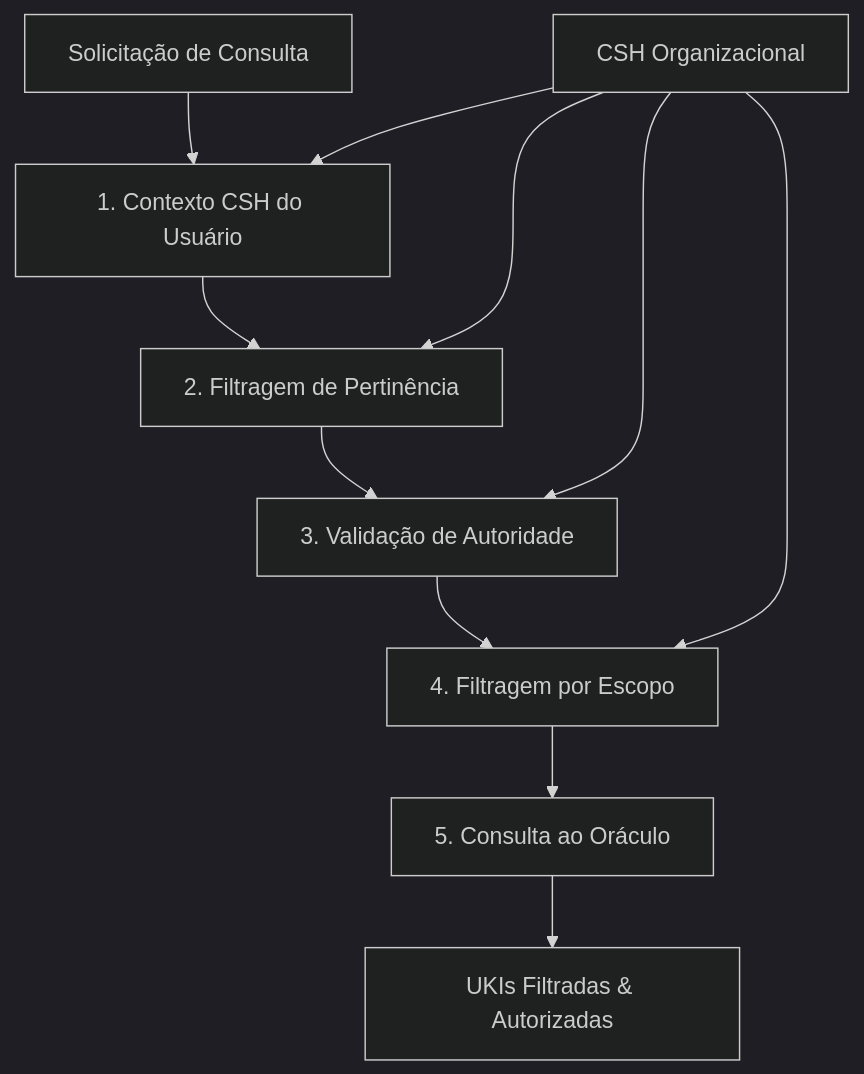
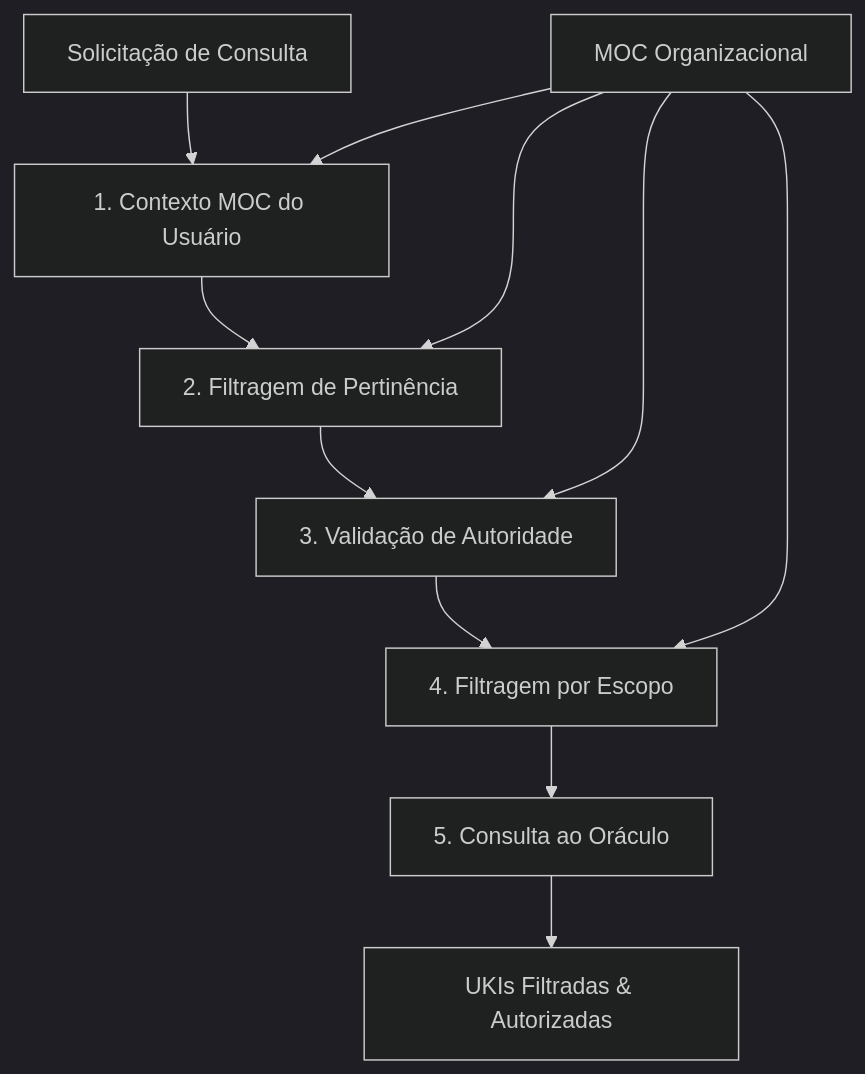
One commit to netomantonio/matrix-protocol changed the third of 6 diagrams in MATRIX_PROTOCOL.md. Above: the diagram before and after it, drawn with Mermaid (dark theme). The commit also changed other lines of this file and 15 other files, not shown here.

````diff
--- a/MATRIX_PROTOCOL.md
+++ b/MATRIX_PROTOCOL.md
@@ -329,14 +329,14 @@
 ```mermaid
 flowchart TD
-    A[Solicitação de Consulta] --> B[1. Contexto CSH do Usuário]
+    A[Solicitação de Consulta] --> B[1. Contexto MOC do Usuário]
     B --> C[2. Filtragem de Pertinência]
     C --> D[3. Validação de Autoridade]
     D --> E[4. Filtragem por Escopo]
     E --> F[5. Consulta ao Oráculo]
     F --> G[UKIs Filtradas & Autorizadas]
     
-    H[CSH Organizacional] --> B
+    H[MOC Organizacional] --> B
     H --> C
     H --> D
     H --> E
 ```
````
